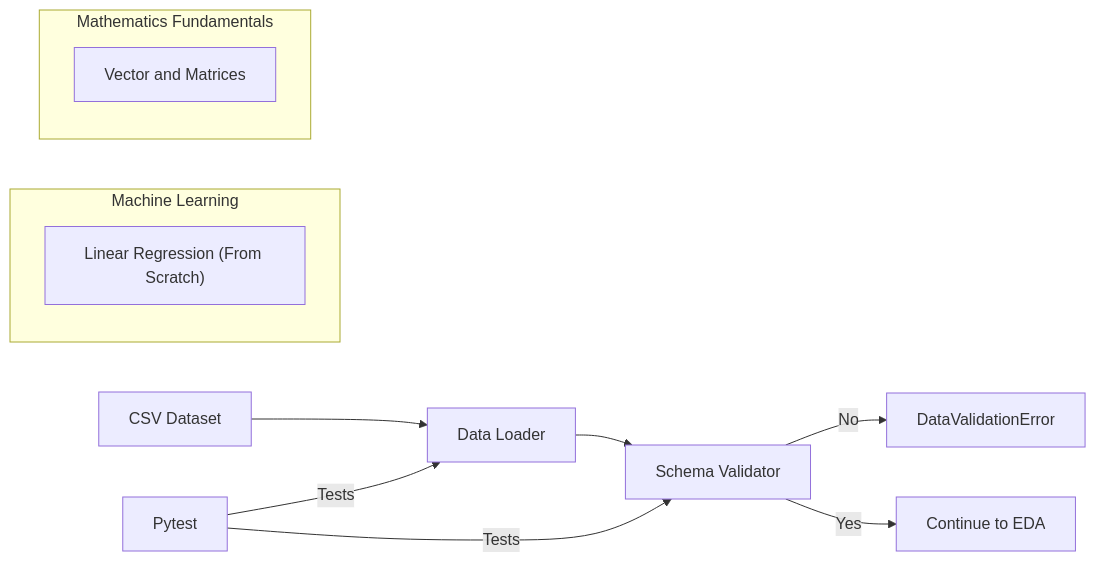
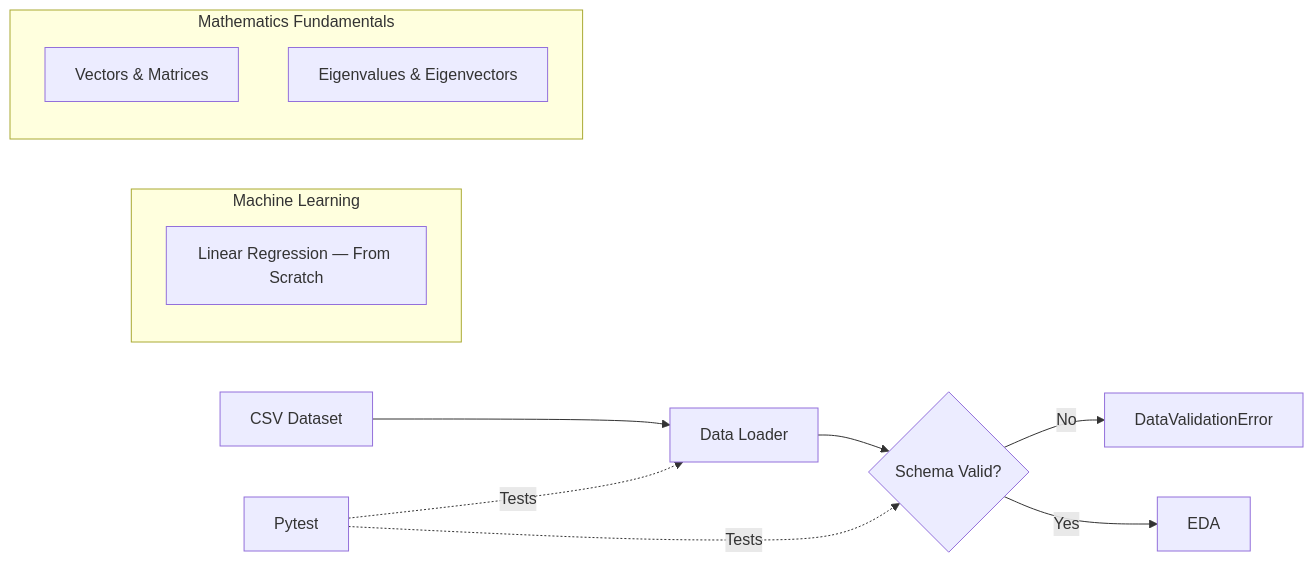
Before and after one commit to UUbaidd/ml-foundations-from-sratch: the diagram in README.md, drawn with Mermaid. The commit also changed other lines of this file, not shown here.

````diff
--- a/README.md
+++ b/README.md
@@ -56,16 +106,19 @@
 ```mermaid
 flowchart LR
-A["CSV Dataset"] --> B["Data Loader"]
-B --> C["Schema Validator"]
-C -->|No| D["DataValidationError"]
-C -->|Yes| E["Continue to EDA"]
-F["Pytest"] --> |Tests| B
-F["Pytest"] --> |Tests| C
-subgraph ML["Machine Learning"]
-  G["Linear Regression (From Scratch)"]
-end
-subgraph Math["Mathematics Fundamentals"]
-  H["Vector and Matrices"]
-end
+    A["CSV Dataset"] --> B["Data Loader"]
+    B --> C{"Schema Valid?"}
+    C -->|No| D["DataValidationError"]
+    C -->|Yes| E["EDA"]
 
+    F["Pytest"] -.->|Tests| B
+    F -.->|Tests| C
+
+    subgraph ML["Machine Learning"]
+        G["Linear Regression — From Scratch"]
+    end
+
+    subgraph MATH["Mathematics Fundamentals"]
+        H["Vectors & Matrices"]
+        I["Eigenvalues & Eigenvectors"]
+    end
 ```
````
